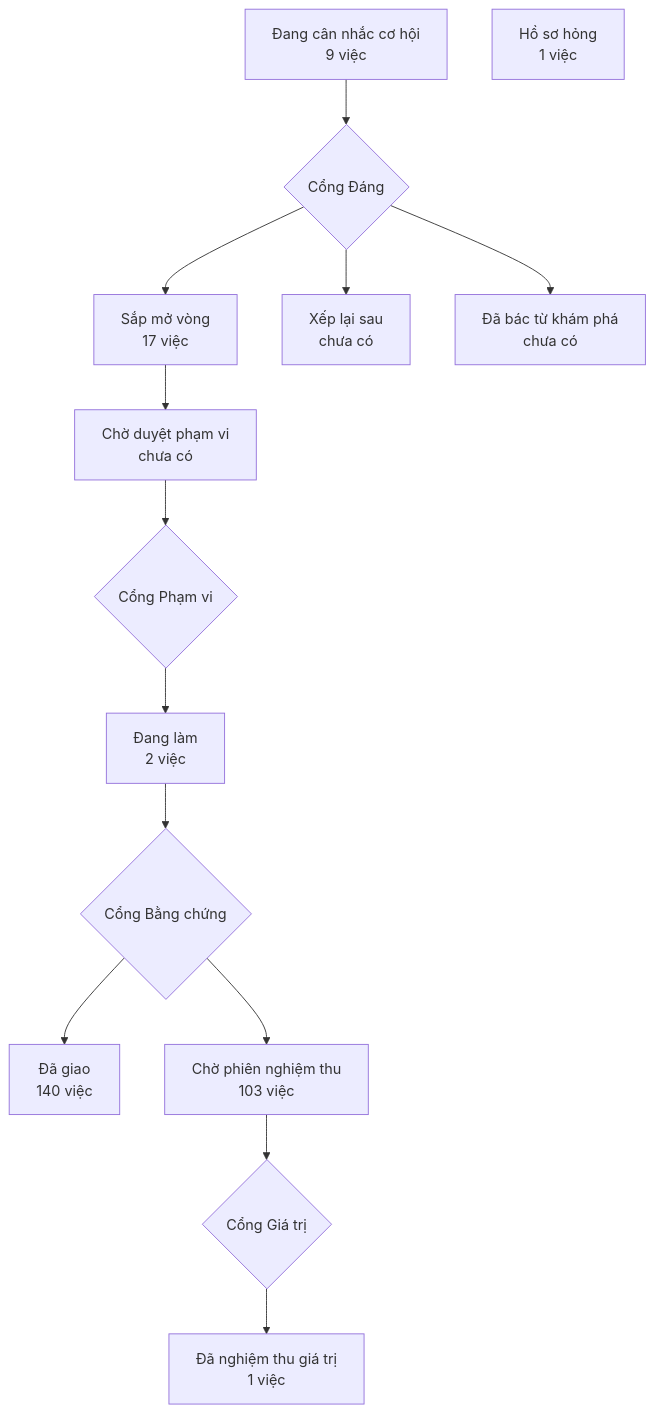
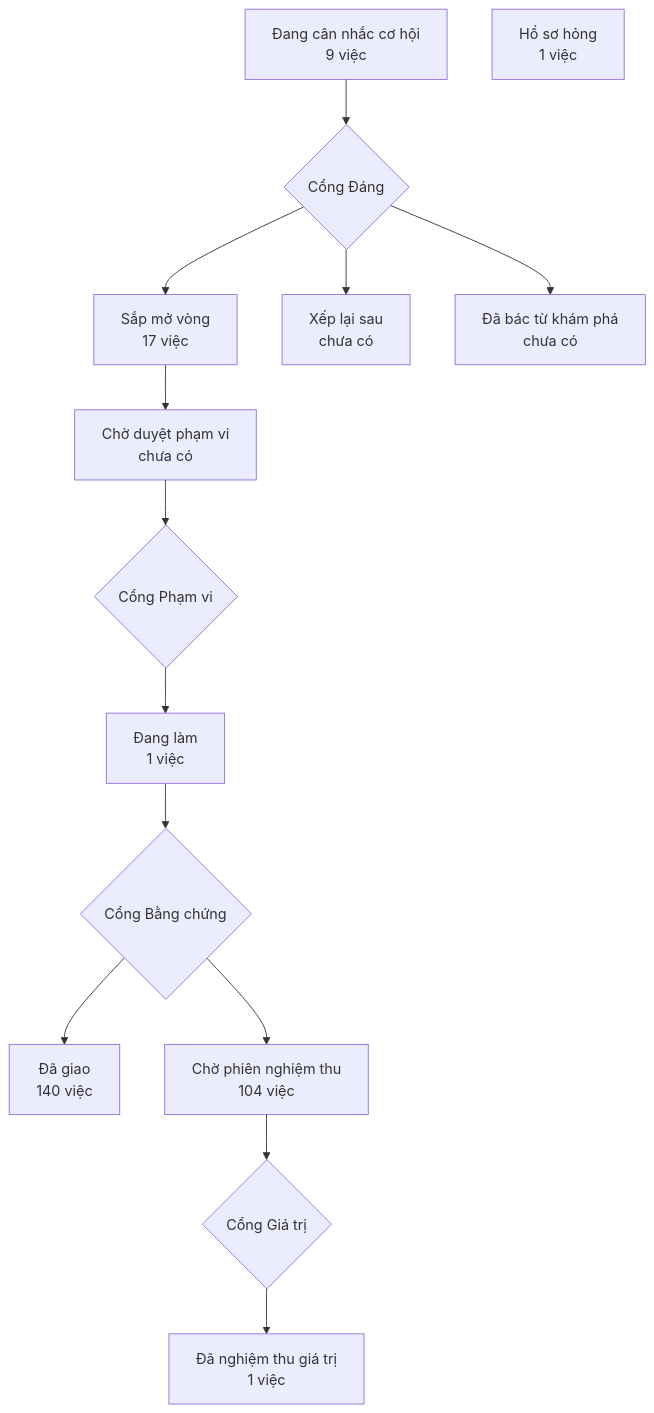
The diagram in PRODUCT-MAP.md (phanlemanh/crm-onehub), drawn with Mermaid before and after one commit. The commit also changed 4 other files, not shown here.

````diff
--- a/PRODUCT-MAP.md
+++ b/PRODUCT-MAP.md
@@ -7,13 +7,13 @@
 ```mermaid
 flowchart TD
   A["Đang cân nhắc cơ hội<br/>9 việc"] --> GD{"Cổng Đáng"}
   GD --> B["Sắp mở vòng<br/>17 việc"]
   GD --> XL["Xếp lại sau<br/>chưa có"]
   GD --> DB["Đã bác từ khám phá<br/>chưa có"]
   B --> CD["Chờ duyệt phạm vi<br/>chưa có"] --> GP{"Cổng Phạm vi"}
-  GP --> DL["Đang làm<br/>2 việc"] --> GB{"Cổng Bằng chứng"}
+  GP --> DL["Đang làm<br/>1 việc"] --> GB{"Cổng Bằng chứng"}
   GB --> DG["Đã giao<br/>140 việc"]
-  GB --> CN["Chờ phiên nghiệm thu<br/>103 việc"] --> GG{"Cổng Giá trị"}
+  GB --> CN["Chờ phiên nghiệm thu<br/>104 việc"] --> GG{"Cổng Giá trị"}
   GG --> NT["Đã nghiệm thu giá trị<br/>1 việc"]
   HS["Hồ sơ hỏng<br/>1 việc"]
 ```
````
